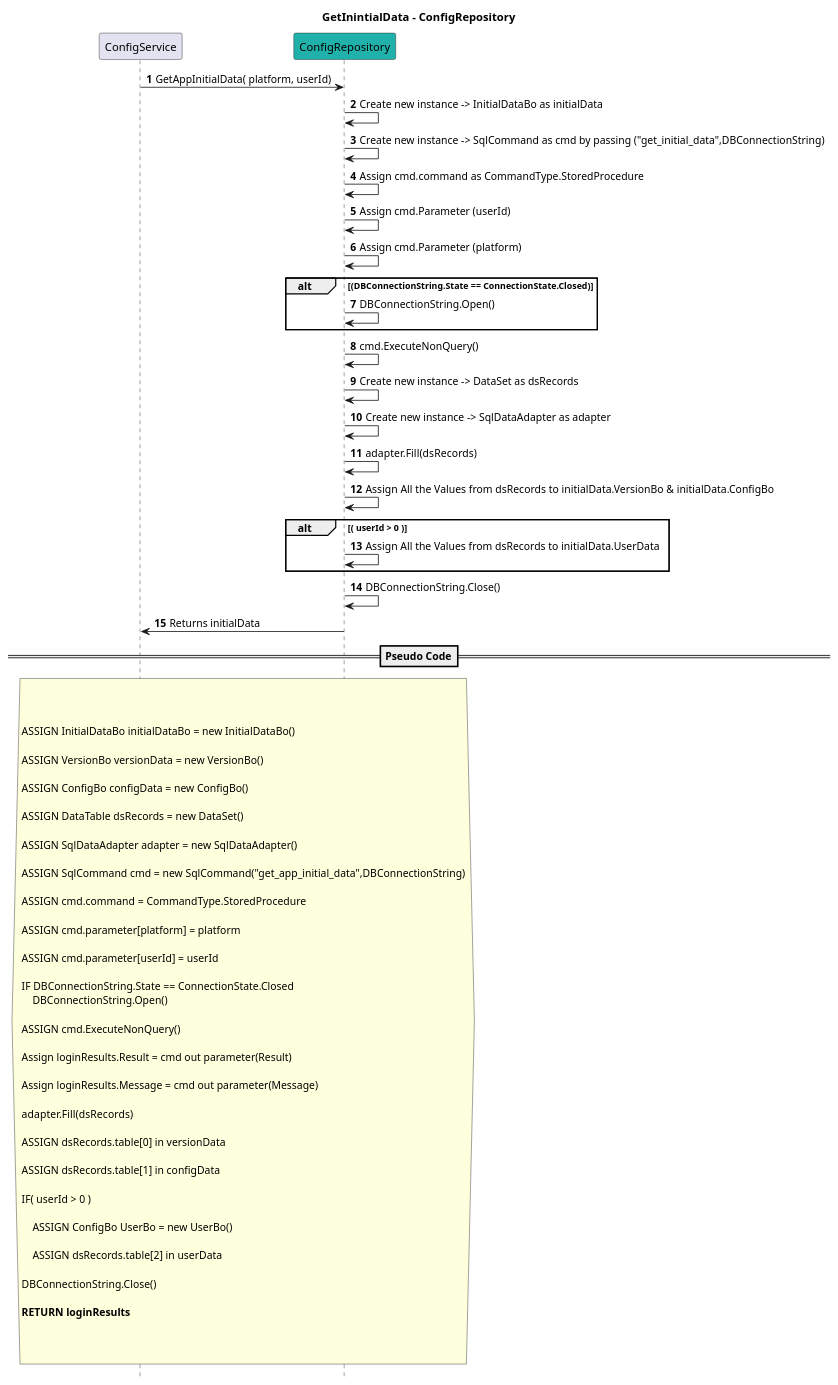
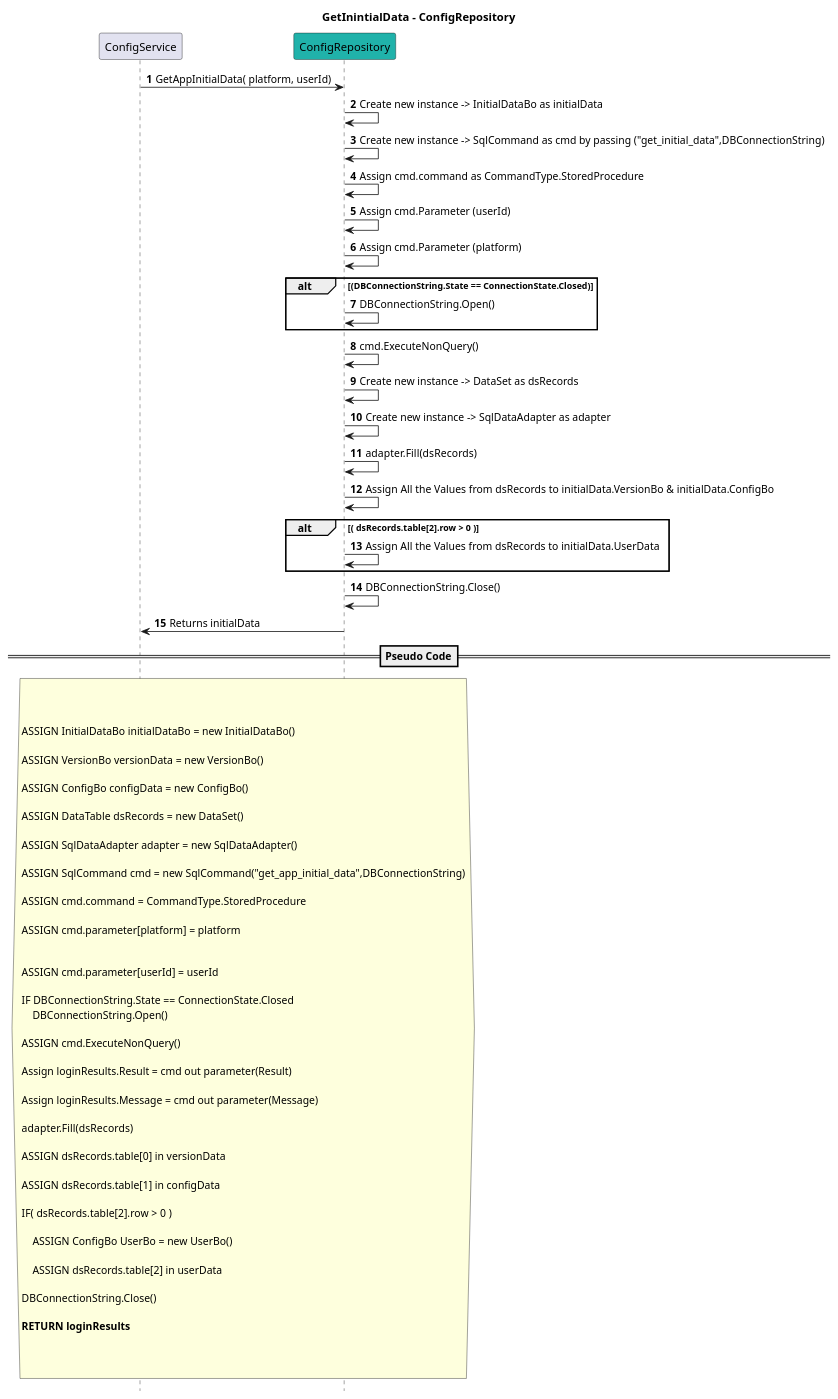
Before and after one commit to nainamuhammed/foodie-service: the diagram in Restaurant_Web_Api/Repository/config/Design/GetInitialData.puml, drawn with PlantUML. The commit also changed 7 other files, not shown here.

```diff
--- a/Restaurant_Web_Api/Repository/config/Design/GetInitialData.puml
+++ b/Restaurant_Web_Api/Repository/config/Design/GetInitialData.puml
@@ -1,109 +1,108 @@
 @startuml
 
 title GetInintialData - ConfigRepository
 autonumber
 hide footbox
 
 participant ConfigService
 participant ConfigRepository #LightSeaGreen
 
 ConfigService -> ConfigRepository : GetAppInitialData( platform, userId)
 
 
 
     ConfigRepository -> ConfigRepository : Create new instance -> InitialDataBo as initialData
 
     ConfigRepository -> ConfigRepository : Create new instance -> SqlCommand as cmd by passing ("get_initial_data",DBConnectionString)
 
     ConfigRepository -> ConfigRepository : Assign cmd.command as CommandType.StoredProcedure
 
     ConfigRepository -> ConfigRepository : Assign cmd.Parameter (userId)
 
     ConfigRepository -> ConfigRepository : Assign cmd.Parameter (platform)
     
     alt (DBConnectionString.State == ConnectionState.Closed)
         ConfigRepository -> ConfigRepository : DBConnectionString.Open()
     end
 
     ConfigRepository -> ConfigRepository : cmd.ExecuteNonQuery()
 
     ConfigRepository -> ConfigRepository : Create new instance -> DataSet as dsRecords
 
     ConfigRepository -> ConfigRepository : Create new instance -> SqlDataAdapter as adapter
 
     ConfigRepository -> ConfigRepository : adapter.Fill(dsRecords)
 
     ConfigRepository -> ConfigRepository : Assign All the Values from dsRecords to initialData.VersionBo & initialData.ConfigBo
     
 
-    alt ( userId > 0 )
+    alt ( dsRecords.table[2].row > 0 )
         
 
 
         ConfigRepository -> ConfigRepository : Assign All the Values from dsRecords to initialData.UserData 
         
          
     end
 
     ConfigRepository -> ConfigRepository : DBConnectionString.Close()
-
-
 
     ConfigRepository -> ConfigService : Returns initialData
 
 
 ==Pseudo Code==
 hnote across
 
     
         
         ASSIGN InitialDataBo initialDataBo = new InitialDataBo()
 
         ASSIGN VersionBo versionData = new VersionBo()
 
         ASSIGN ConfigBo configData = new ConfigBo()
 
         ASSIGN DataTable dsRecords = new DataSet()
 
         ASSIGN SqlDataAdapter adapter = new SqlDataAdapter()
 
         ASSIGN SqlCommand cmd = new SqlCommand("get_app_initial_data",DBConnectionString)
         
         ASSIGN cmd.command = CommandType.StoredProcedure
 
         ASSIGN cmd.parameter[platform] = platform
 
+
         ASSIGN cmd.parameter[userId] = userId
         
         IF DBConnectionString.State == ConnectionState.Closed
             DBConnectionString.Open()
         
         ASSIGN cmd.ExecuteNonQuery() 
 
         Assign loginResults.Result = cmd out parameter(Result)
 
         Assign loginResults.Message = cmd out parameter(Message)
 
         adapter.Fill(dsRecords)
 
         ASSIGN dsRecords.table[0] in versionData
 
         ASSIGN dsRecords.table[1] in configData
 
-        IF( userId > 0 )
+        IF( dsRecords.table[2].row > 0 )
 
             ASSIGN ConfigBo UserBo = new UserBo()
 
             ASSIGN dsRecords.table[2] in userData
             
         DBConnectionString.Close()
 
         **RETURN loginResults**
 
    
     
 end note
 
 
 
 @enduml
```
